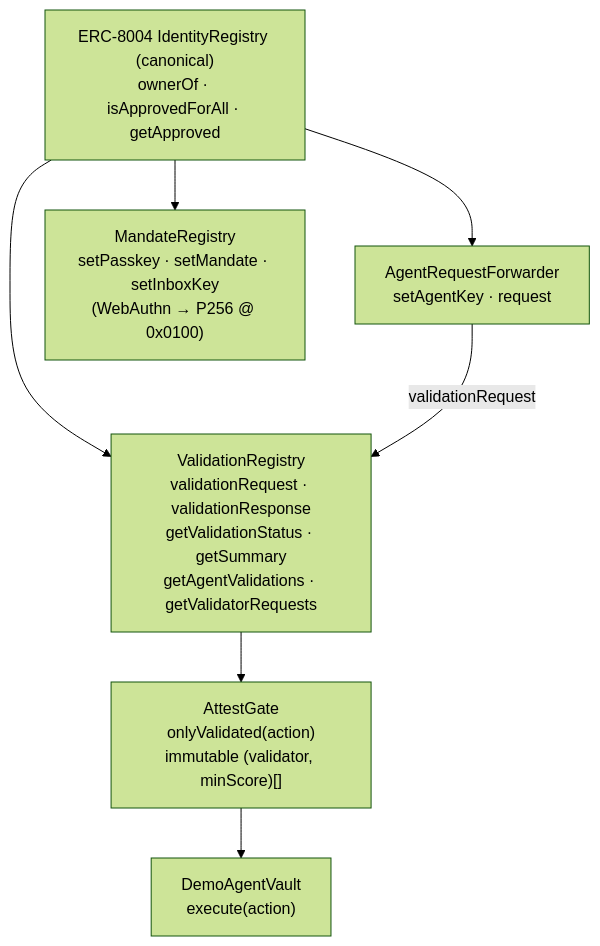
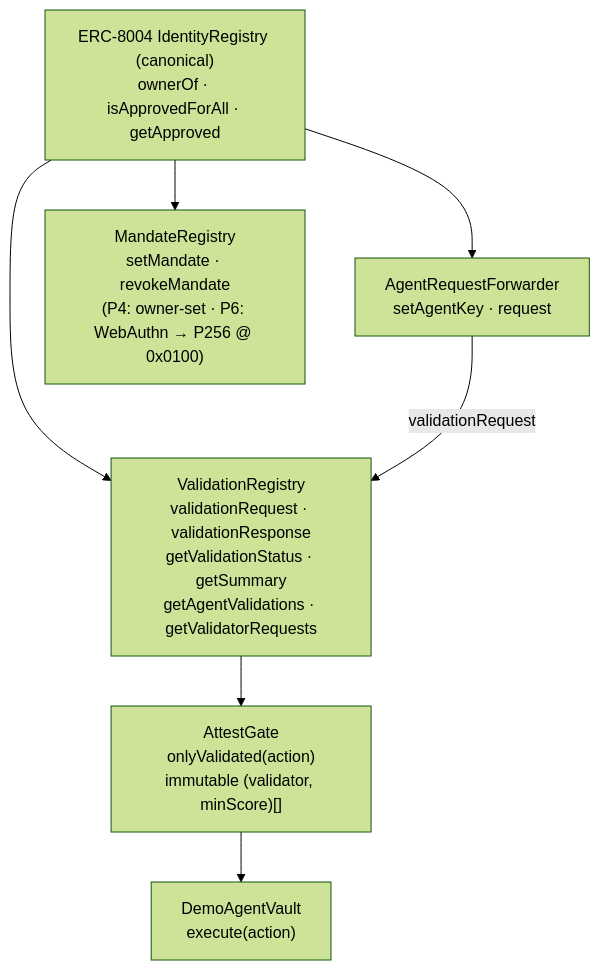
The second of 5 diagrams in ARCHITECTURE.md (AmitChowdary122/attest8004), drawn with Mermaid (forest theme) before and after one commit. The commit also changed other lines of this file and 3 other files, not shown here.

````diff
--- a/ARCHITECTURE.md
+++ b/ARCHITECTURE.md
@@ -92,15 +92,15 @@
 ```mermaid
 flowchart TB
   ID["ERC-8004 IdentityRegistry (canonical)<br/>ownerOf · isApprovedForAll · getApproved"]
   VR["ValidationRegistry<br/>validationRequest · validationResponse<br/>getValidationStatus · getSummary<br/>getAgentValidations · getValidatorRequests"]
   FW["AgentRequestForwarder<br/>setAgentKey · request"]
-  MR["MandateRegistry<br/>setPasskey · setMandate · setInboxKey<br/>(WebAuthn → P256 @ 0x0100)"]
+  MR["MandateRegistry<br/>setMandate · revokeMandate<br/>(P4: owner-set · P6: WebAuthn → P256 @ 0x0100)"]
   G["AttestGate<br/>onlyValidated(action)<br/>immutable (validator, minScore)[]"]
   V["DemoAgentVault<br/>execute(action)"]
   ID --> VR
   ID --> FW
   FW -->|validationRequest| VR
   ID --> MR
   VR --> G
   G --> V
 ```
````
